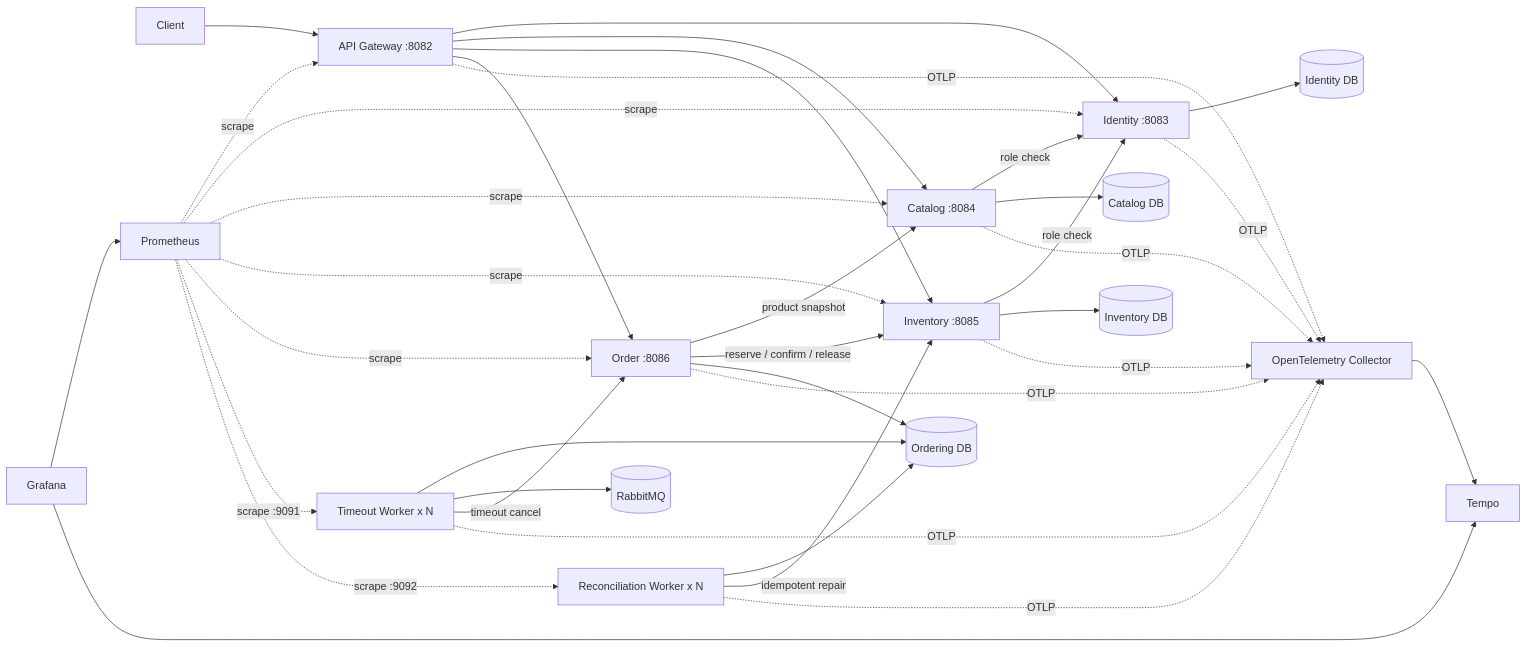
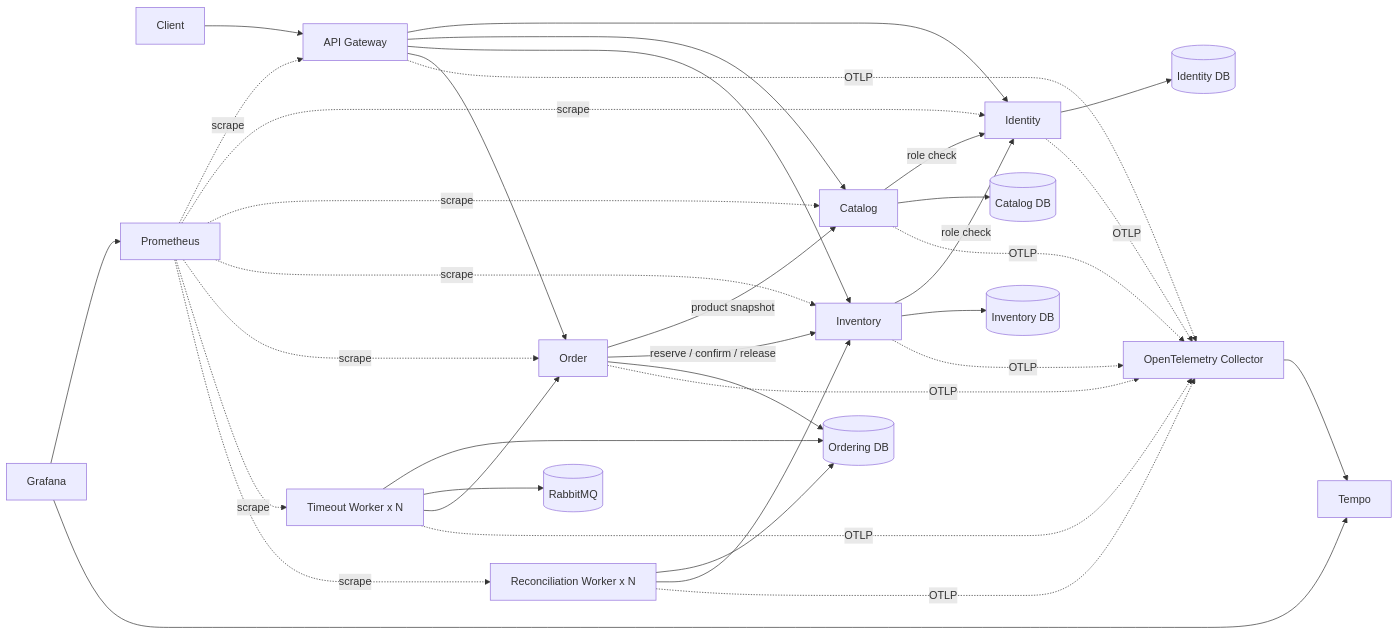
One commit to Yotoha0303/go-order-management-system-cloudnative-lab changed the diagram in README.md. Above: the diagram before and after it, drawn with Mermaid. The commit also changed other lines of this file and 4 other files, not shown here.

````diff
--- a/README.md
+++ b/README.md
@@ -44,45 +74,44 @@
 ```mermaid
 flowchart LR
-    Client[Client] --> Gateway[API Gateway :8082]
-
-    Gateway --> Identity[Identity :8083]
-    Gateway --> Catalog[Catalog :8084]
-    Gateway --> Inventory[Inventory :8085]
-    Gateway --> Order[Order :8086]
+    Client --> Gateway[API Gateway]
+    Gateway --> Identity
+    Gateway --> Catalog
+    Gateway --> Inventory
+    Gateway --> Order
 
     Catalog -->|role check| Identity
     Inventory -->|role check| Identity
     Order -->|product snapshot| Catalog
     Order -->|reserve / confirm / release| Inventory
 
     Identity --> IdentityDB[(Identity DB)]
     Catalog --> CatalogDB[(Catalog DB)]
     Inventory --> InventoryDB[(Inventory DB)]
     Order --> OrderingDB[(Ordering DB)]
 
     TimeoutWorker[Timeout Worker x N] --> OrderingDB
     TimeoutWorker --> RabbitMQ[(RabbitMQ)]
-    TimeoutWorker -->|timeout cancel| Order
+    TimeoutWorker --> Order
 
     ReconcileWorker[Reconciliation Worker x N] --> OrderingDB
-    ReconcileWorker -->|idempotent repair| Inventory
+    ReconcileWorker --> Inventory
 
-    Prometheus[Prometheus] -. scrape .-> Gateway
+    Prometheus -. scrape .-> Gateway
     Prometheus -. scrape .-> Identity
     Prometheus -. scrape .-> Catalog
     Prometheus -. scrape .-> Inventory
     Prometheus -. scrape .-> Order
-    Prometheus -. scrape :9091 .-> TimeoutWorker
-    Prometheus -. scrape :9092 .-> ReconcileWorker
-    Grafana[Grafana] --> Prometheus
+    Prometheus -. scrape .-> TimeoutWorker
+    Prometheus -. scrape .-> ReconcileWorker
+    Grafana --> Prometheus
 
     Gateway -. OTLP .-> Collector[OpenTelemetry Collector]
     Identity -. OTLP .-> Collector
     Catalog -. OTLP .-> Collector
     Inventory -. OTLP .-> Collector
     Order -. OTLP .-> Collector
     TimeoutWorker -. OTLP .-> Collector
     ReconcileWorker -. OTLP .-> Collector
-    Collector --> Tempo[Tempo]
+    Collector --> Tempo
     Grafana --> Tempo
 ```
````
